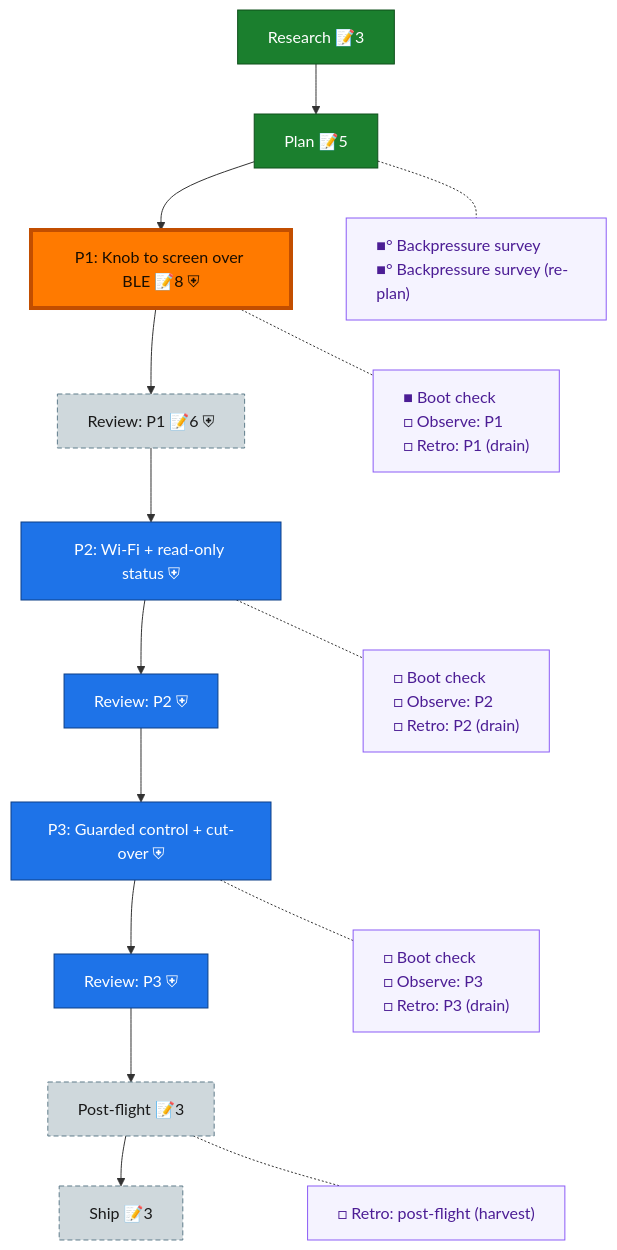
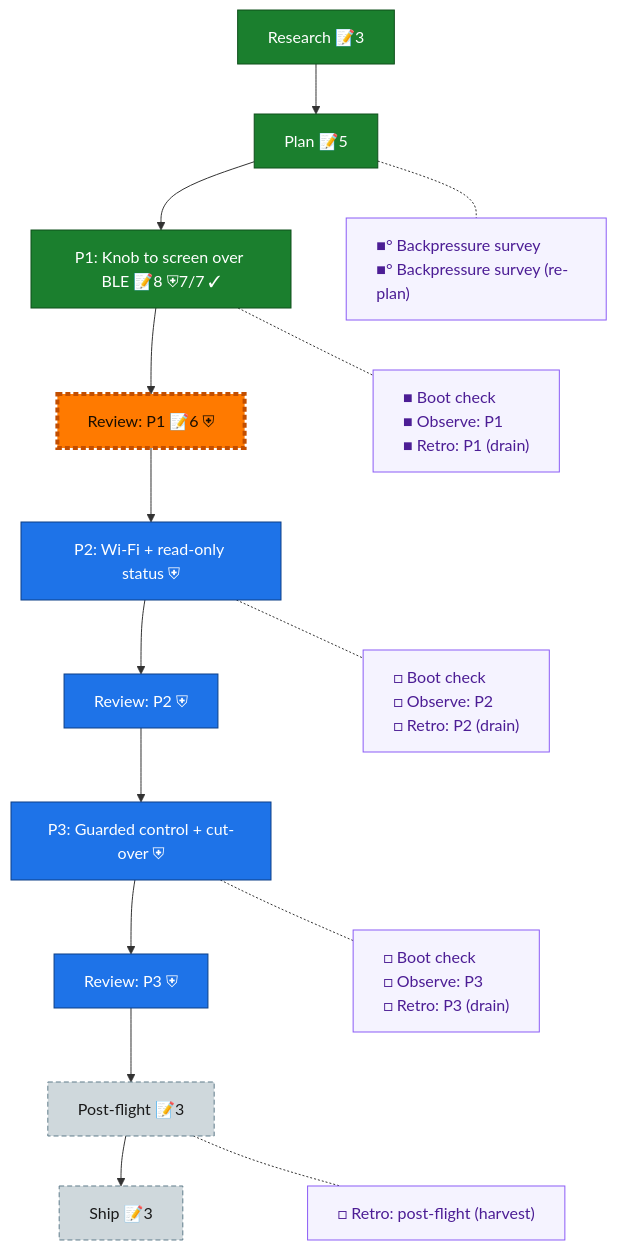
The diagram in docs/plans/002-esp32-bridge/the-flow.md (vaughanknight/bluos-knob), drawn with Mermaid before and after one commit. The commit also changed other lines of this file and 7 other files, not shown here.

First line of the commit message:
fix(firmware): phase 1 review fixes (BLE state machine, scan callback, peer name race); phase 1 reviewed

````diff
--- a/docs/plans/002-esp32-bridge/the-flow.md
+++ b/docs/plans/002-esp32-bridge/the-flow.md
@@ -8,39 +8,38 @@
 ```mermaid
 flowchart TD
     research["Research 📝3"]:::done
     plan["Plan 📝5"]:::done
-    phase_1["P1: Knob to screen over BLE 📝8 ⛨"]:::wip
+    phase_1["P1: Knob to screen over BLE 📝8 ⛨7/7 ✓"]:::done
     review_1["Review: P1 📝6 ⛨"]:::assumed
     phase_2["P2: Wi-Fi + read-only status ⛨"]:::known
     review_2["Review: P2 ⛨"]:::known
     phase_3["P3: Guarded control + cut-over ⛨"]:::known
     review_3["Review: P3 ⛨"]:::known
     post_flight["Post-flight 📝3"]:::assumed
     ship["Ship 📝3"]:::assumed
 
     research --> plan --> phase_1 --> review_1 --> phase_2 --> review_2 --> phase_3 --> review_3 --> post_flight --> ship
 
     planC["■° Backpressure survey<br/>■° Backpressure survey (re-plan)"]:::chore
-    phase_1C["■ Boot check<br/>□ Observe: P1<br/>□ Retro: P1 (drain)"]:::chore
+    phase_1C["■ Boot check<br/>■ Observe: P1<br/>■ Retro: P1 (drain)"]:::chore
     phase_2C["□ Boot check<br/>□ Observe: P2<br/>□ Retro: P2 (drain)"]:::chore
     phase_3C["□ Boot check<br/>□ Observe: P3<br/>□ Retro: P3 (drain)"]:::chore
     post_flightC["□ Retro: post-flight (harvest)"]:::chore
 
     %% invisible chain holds the gutter boxes in their own column
     planC ~~~ phase_1C ~~~ phase_2C ~~~ phase_3C ~~~ post_flightC
 
     %% dotted links pull each gutter box beside its node
     plan -.- planC
     phase_1 -.- phase_1C
     phase_2 -.- phase_2C
     phase_3 -.- phase_3C
     post_flight -.- post_flightC
 
     classDef done fill:#1B7F2E,stroke:#0F4F1B,color:#fff;
-    classDef wip fill:#43C04A,stroke:#1B7F2E,color:#04210A;
     classDef known fill:#1E73E8,stroke:#0D3F86,color:#fff;
     classDef assumed fill:#CFD8DC,stroke:#607D8B,color:#1a1a1a,stroke-dasharray:5 3;
     classDef chore fill:#f5f3ff,stroke:#8b5cf6,color:#4c1d95,text-align:left;
     classDef current fill:#FF7A00,stroke:#C24E00,color:#1a0e00,stroke-width:4px;
-    class phase_1 current;
+    class review_1 current;
 ```
````
